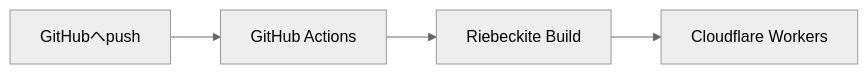
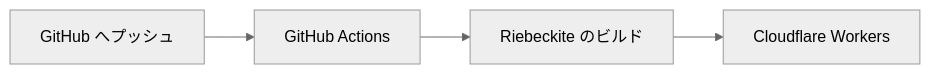
Before and after one commit to Rerurate514/riebeckite: the fifth of 6 diagrams in docs/docs/guides/deployment/cloudflare-workers.ja.md, drawn with Mermaid (neutral theme). The commit also changed other lines of this file and 310 other files, not shown here.

````diff
--- a/docs/docs/guides/deployment/cloudflare-workers.ja.md
+++ b/docs/docs/guides/deployment/cloudflare-workers.ja.md
@@ -384,11 +313,11 @@
 ```mermaid
 flowchart LR
-    Push["GitHubへpush"]
+    Push["GitHub へプッシュ"]
     Actions["GitHub Actions"]
-    Build["Riebeckite Build"]
+    Build["Riebeckite のビルド"]
     Workers["Cloudflare Workers"]
 
     Push --> Actions
     Actions --> Build
     Build --> Workers
 ```
````
